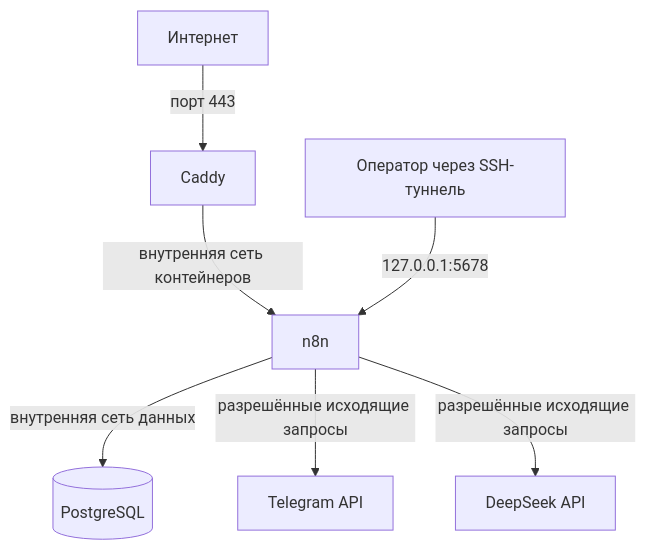
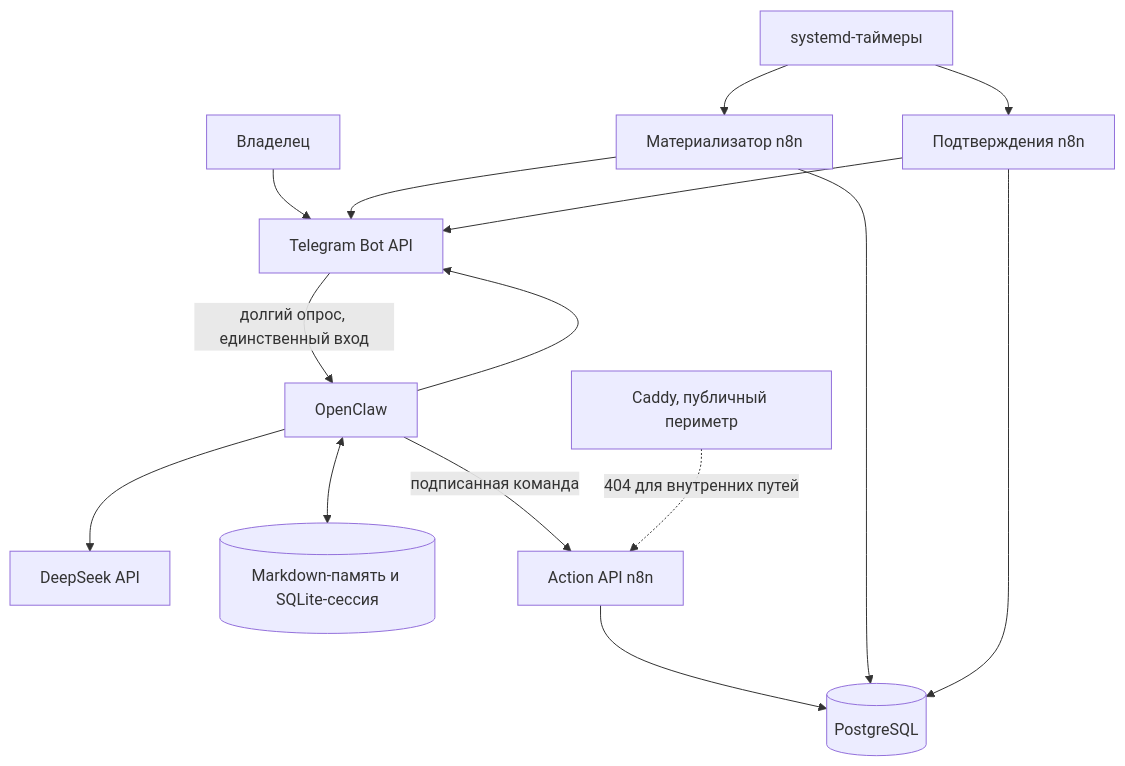
Before and after one commit to DmtrGoltsev/ObsidianVault: the first of 4 diagrams in 05_Система/Схемы/N8NAgents/Runtime_Flows_N8NAgents.md, drawn with Mermaid. The commit also changed other lines of this file and 14 other files, not shown here.

Commit message:
docs(n8nagents): актуализировать OpenClaw production

````diff
--- a/05_Система/Схемы/N8NAgents/Runtime_Flows_N8NAgents.md
+++ b/05_Система/Схемы/N8NAgents/Runtime_Flows_N8NAgents.md
@@ -19,9 +19,17 @@
 ```mermaid
 flowchart TB
-    I[Интернет] -->|порт 443| C[Caddy]
-    C -->|внутренняя сеть контейнеров| N[n8n]
-    O[Оператор через SSH-туннель] -->|127.0.0.1:5678| N
-    N -->|внутренняя сеть данных| P[(PostgreSQL)]
-    N -->|разрешённые исходящие запросы| T[Telegram API]
-    N -->|разрешённые исходящие запросы| D[DeepSeek API]
+    U[Владелец] --> T[Telegram Bot API]
+    T -->|долгий опрос, единственный вход| O[OpenClaw]
+    O --> D[DeepSeek API]
+    O <--> M[(Markdown-память и SQLite-сессия)]
+    O -->|подписанная команда| A[Action API n8n]
+    A --> P[(PostgreSQL)]
+    S[systemd-таймеры] --> W1[Материализатор n8n]
+    S --> W2[Подтверждения n8n]
+    W1 --> P
+    W2 --> P
+    W1 --> T
+    W2 --> T
+    O --> T
+    C[Caddy, публичный периметр] -.->|404 для внутренних путей| A
 ```
````
